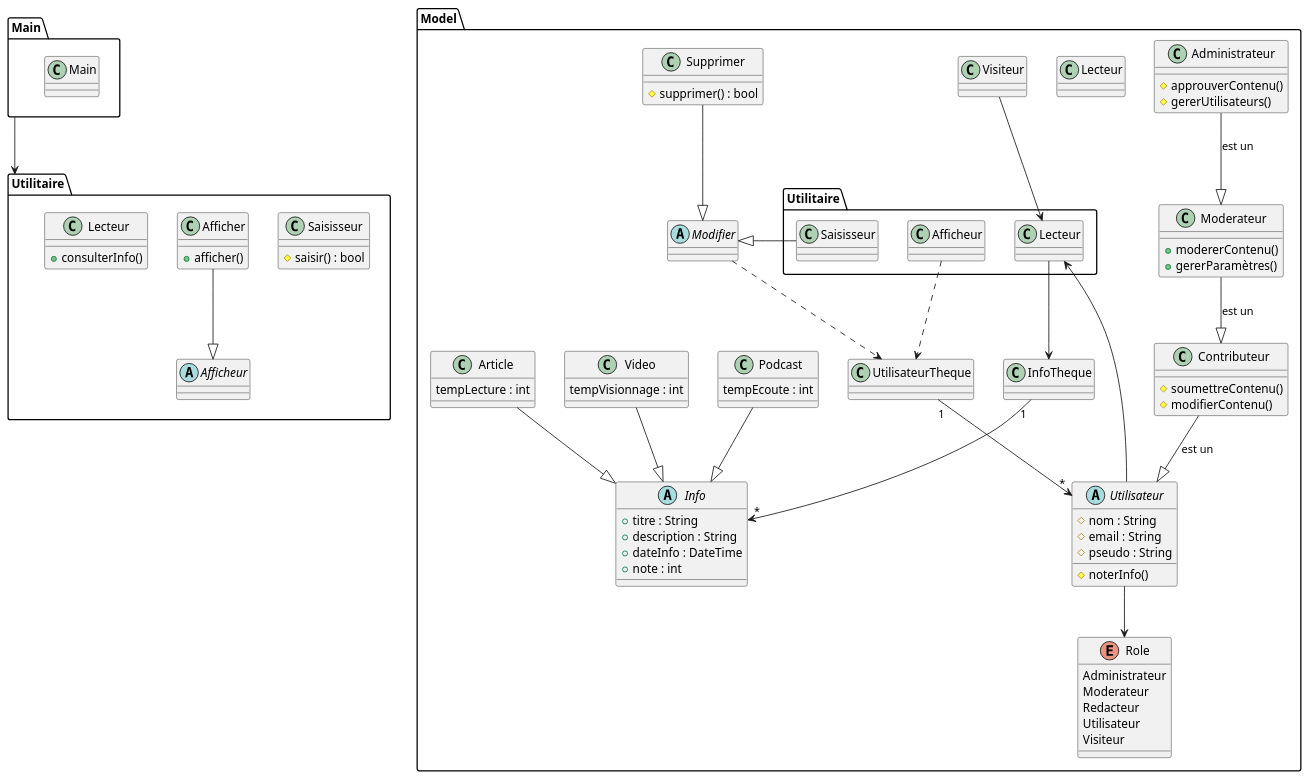
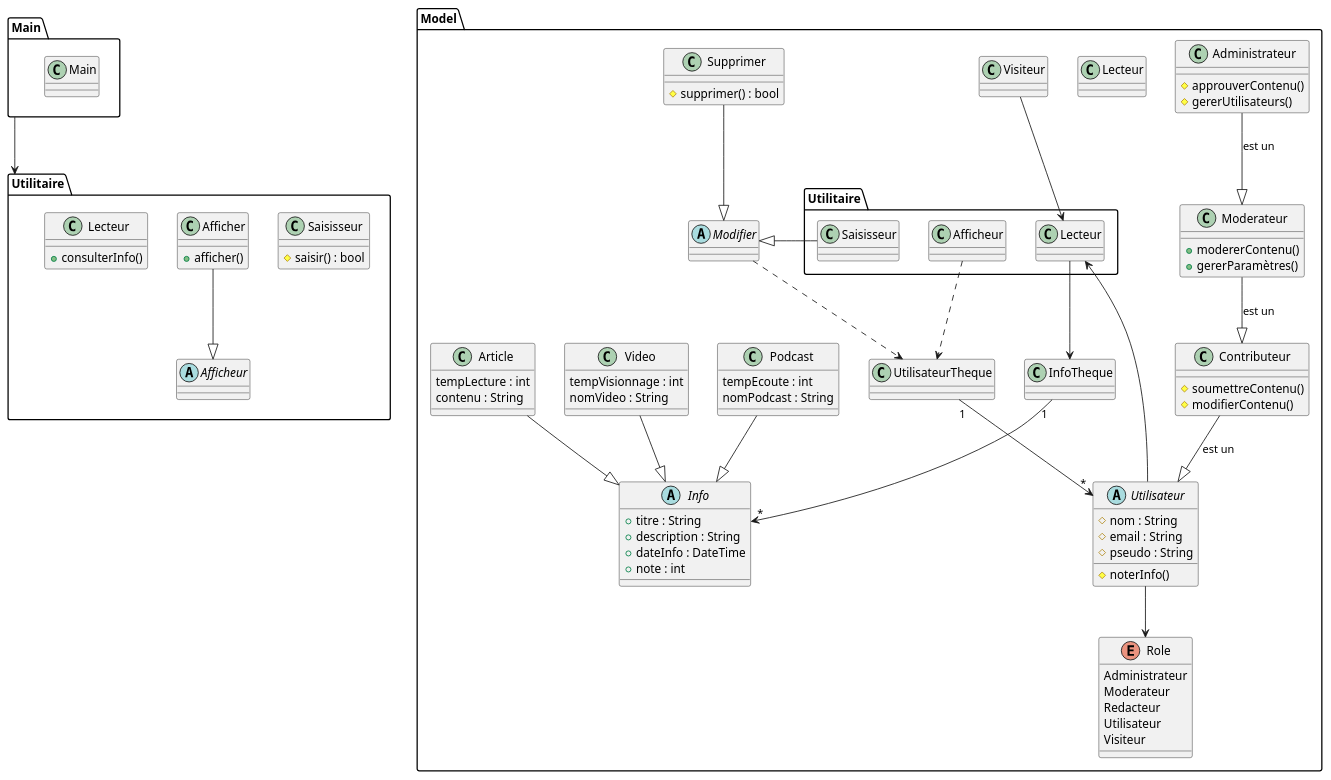
Before and after one commit to tonyfgs/Verax: the diagram in Diagramme/diagrammeClasse.md, drawn with PlantUML.

Commit message:
Mise à jour de 'Diagramme/diagrammeClasse.md'

```diff
--- a/Diagramme/diagrammeClasse.md
+++ b/Diagramme/diagrammeClasse.md
@@ -44,12 +44,15 @@
     }
     class Article {
         tempLecture : int
+        contenu : String
     }
     class Podcast {
         tempEcoute : int
+        nomPodcast : String
     }
     class Video {
         tempVisionnage : int
+        nomVideo : String
     }
     enum Role{
         Administrateur
```
